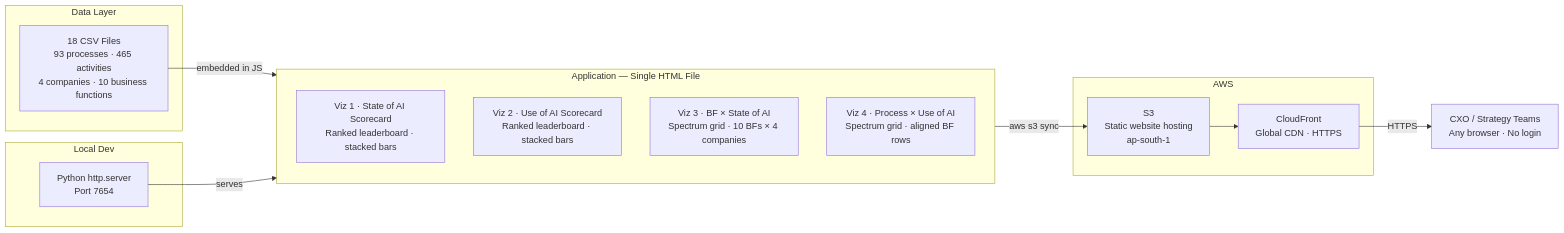
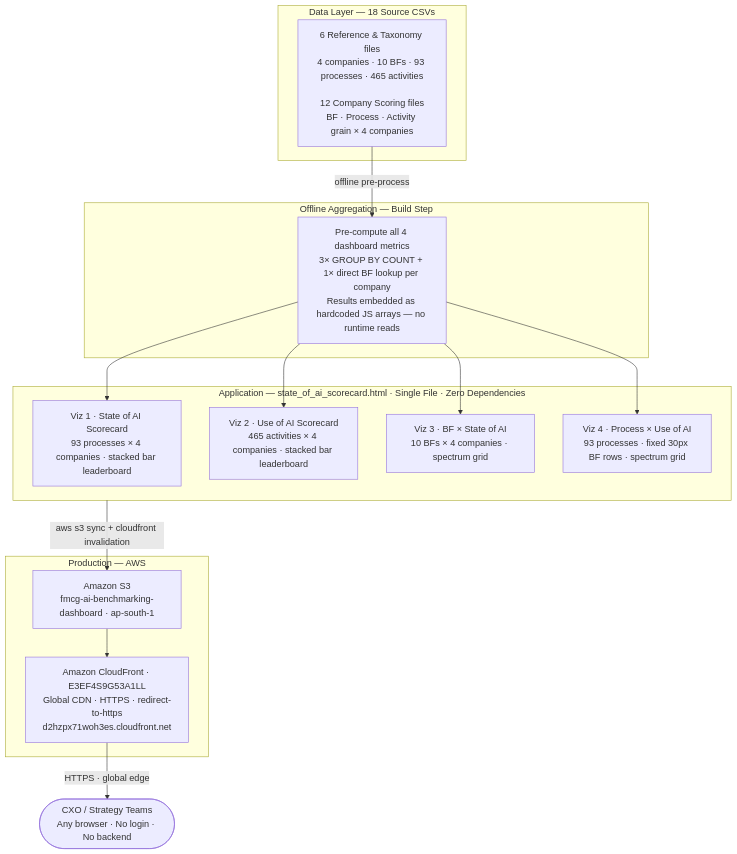
One commit to upadhyayanurodh/fmcg-ai-benchmarking-dashboard changed the first of 3 diagrams in ARCHITECTURE.md. Above: the diagram before and after it, drawn with Mermaid. The commit also changed 1 other file, not shown here.

Commit message:
refactor(diagrams): redesign system architecture diagrams from LR to TD
Replace both flowchart LR diagrams with top-down TD layout. Add the
offline aggregation build step (previously invisible in the diagrams),
expose real infrastructure identifiers (S3 bucket, CloudFront
distribution ID and domain), remove Local Dev, and expand viz node
labels with dataset dimensions.

````diff
--- a/ARCHITECTURE.md
+++ b/ARCHITECTURE.md
@@ -7,28 +7,33 @@
 ```mermaid
-flowchart LR
-    subgraph DATA["Data Layer"]
-        CSV["18 CSV Files\n93 processes · 465 activities\n4 companies · 10 business functions"]
+flowchart TD
+    subgraph DATA["Data Layer — 18 Source CSVs"]
+        CSV["6 Reference & Taxonomy files\n4 companies · 10 BFs · 93 processes · 465 activities\n\n12 Company Scoring files\nBF · Process · Activity grain × 4 companies"]
     end
 
-    subgraph APP["Application — Single HTML File"]
-        V1["Viz 1 · State of AI Scorecard\nRanked leaderboard · stacked bars"]
-        V2["Viz 2 · Use of AI Scorecard\nRanked leaderboard · stacked bars"]
-        V3["Viz 3 · BF × State of AI\nSpectrum grid · 10 BFs × 4 companies"]
-        V4["Viz 4 · Process × Use of AI\nSpectrum grid · aligned BF rows"]
+    subgraph OFFLINE["Offline Aggregation — Build Step"]
+        BUILD["Pre-compute all 4 dashboard metrics\n3× GROUP BY COUNT + 1× direct BF lookup per company\nResults embedded as hardcoded JS arrays — no runtime reads"]
     end
 
-    subgraph AWS["AWS"]
-        S3["S3\nStatic website hosting\nap-south-1"]
-        CF["CloudFront\nGlobal CDN · HTTPS"]
+    subgraph APP["Application — state_of_ai_scorecard.html · Single File · Zero Dependencies"]
+        V1["Viz 1 · State of AI Scorecard\n93 processes × 4 companies · stacked bar leaderboard"]
+        V2["Viz 2 · Use of AI Scorecard\n465 activities × 4 companies · stacked bar leaderboard"]
+        V3["Viz 3 · BF × State of AI\n10 BFs × 4 companies · spectrum grid"]
+        V4["Viz 4 · Process × Use of AI\n93 processes · fixed 30px BF rows · spectrum grid"]
     end
 
-    subgraph DEV["Local Dev"]
-        PY["Python http.server\nPort 7654"]
+    subgraph AWS["Production — AWS"]
+        S3["Amazon S3\nfmcg-ai-benchmarking-dashboard · ap-south-1"]
+        CF["Amazon CloudFront · E3EF4S9G53A1LL\nGlobal CDN · HTTPS · redirect-to-https\nd2hzpx71woh3es.cloudfront.net"]
     end
 
-    CSV -->|"embedded in JS"| APP
-    PY -->|"serves"| APP
-    APP -->|"aws s3 sync"| S3
+    USERS(["CXO / Strategy Teams\nAny browser · No login · No backend"])
+
+    CSV -->|"offline pre-process"| BUILD
+    BUILD --> V1
+    BUILD --> V2
+    BUILD --> V3
+    BUILD --> V4
+    APP -->|"aws s3 sync + cloudfront invalidation"| S3
     S3 --> CF
-    CF -->|"HTTPS"| USERS["CXO / Strategy Teams\nAny browser · No login"]
+    CF -->|"HTTPS · global edge"| USERS
 ```
````
